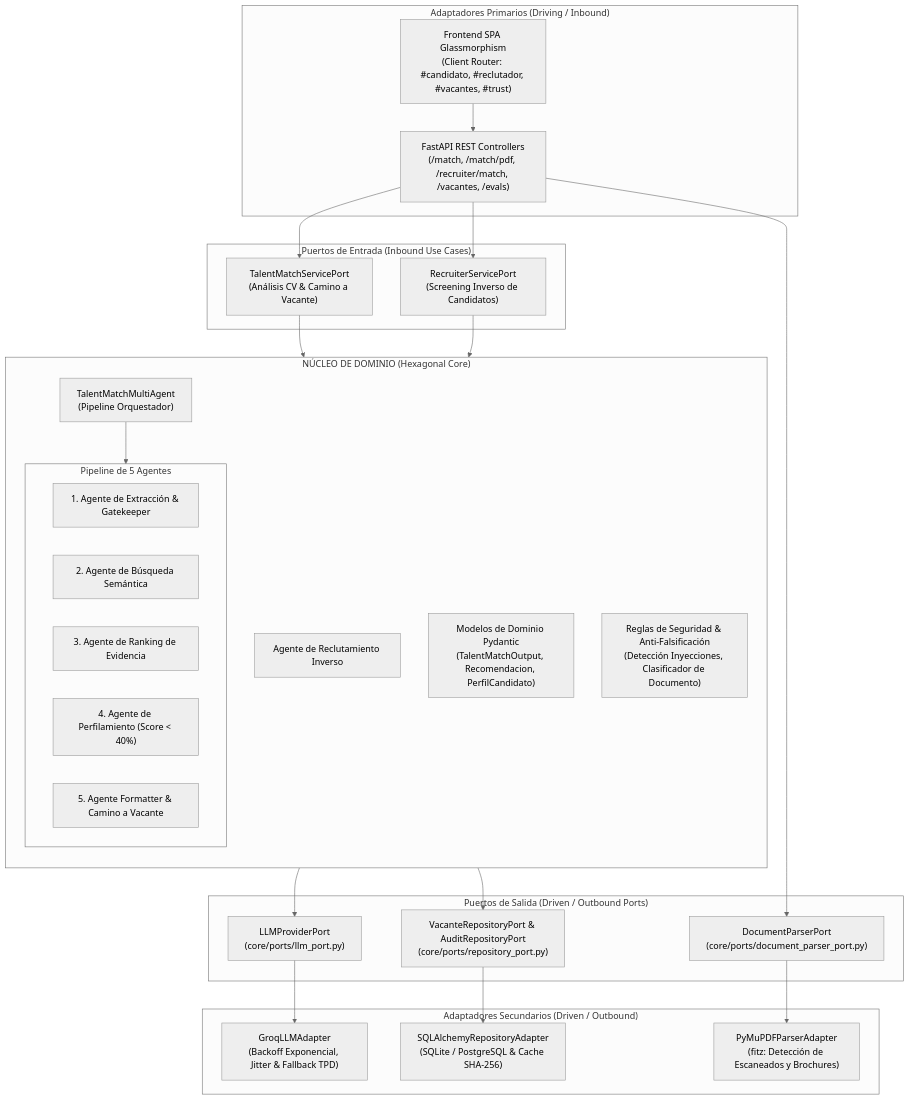
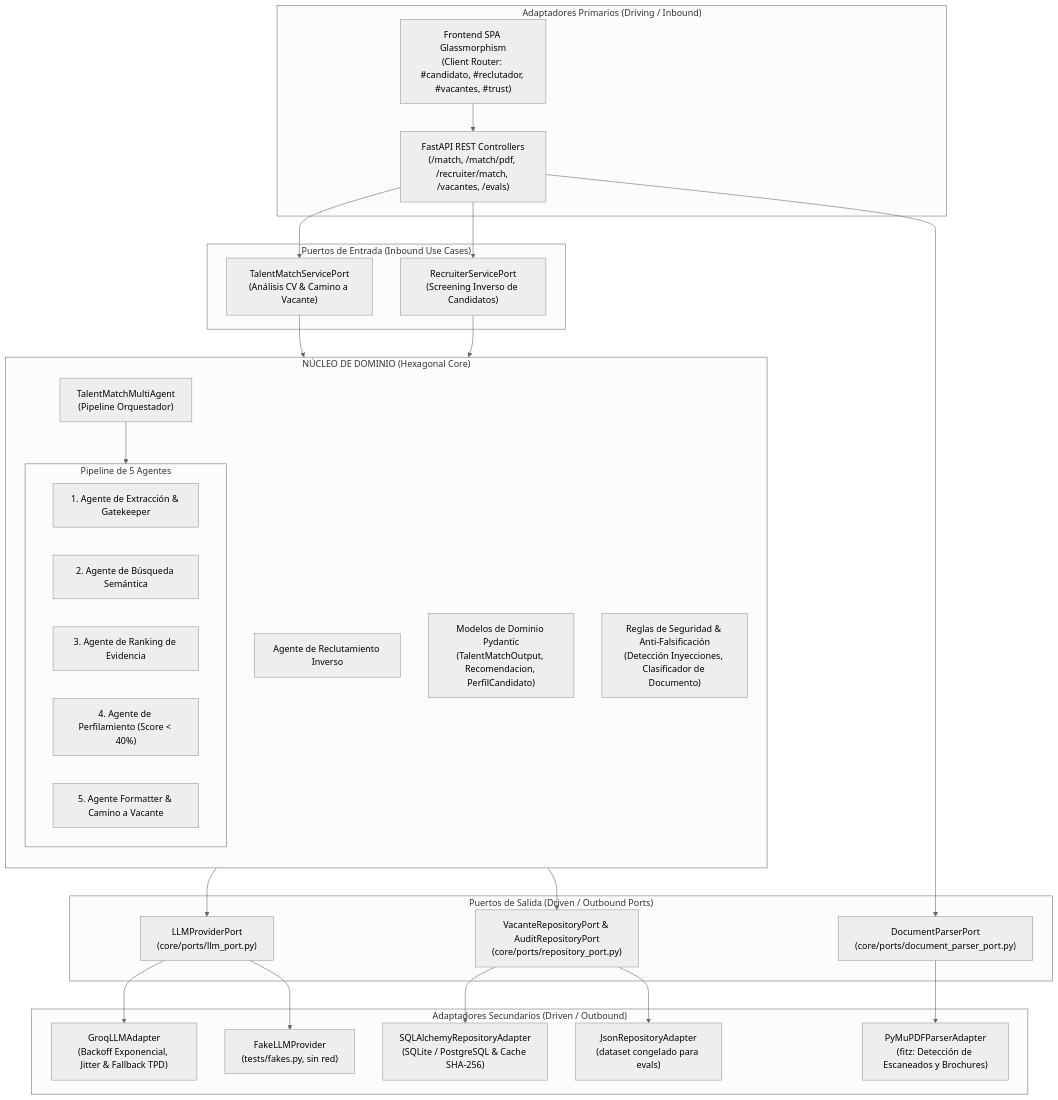
Before and after one commit to 0racleX/TalentMatch_Makers: the first of 2 diagrams in docs/ARCHITECTURE.md, drawn with Mermaid (neutral theme). The commit also changed other lines of this file, not shown here.

````diff
--- a/docs/ARCHITECTURE.md
+++ b/docs/ARCHITECTURE.md
@@ -30,53 +30,57 @@
 ```mermaid
 flowchart TD
     subgraph DrivingAdapters ["Adaptadores Primarios (Driving / Inbound)"]
         UI["Frontend SPA Glassmorphism<br/>(Client Router: #candidato, #reclutador, #vacantes, #trust)"]
         API["FastAPI REST Controllers<br/>(/match, /match/pdf, /recruiter/match, /vacantes, /evals)"]
     end
 
     subgraph DrivingPorts ["Puertos de Entrada (Inbound Use Cases)"]
         P_Match["TalentMatchServicePort<br/>(Análisis CV & Camino a Vacante)"]
         P_Recruiter["RecruiterServicePort<br/>(Screening Inverso de Candidatos)"]
     end
 
     subgraph DomainCore ["NÚCLEO DE DOMINIO (Hexagonal Core)"]
         direction TB
         MultiAgent["TalentMatchMultiAgent<br/>(Pipeline Orquestador)"]
         subgraph AgentsPipeline ["Pipeline de 5 Agentes"]
             A1["1. Agente de Extracción & Gatekeeper"]
             A2["2. Agente de Búsqueda Semántica"]
             A3["3. Agente de Ranking de Evidencia"]
             A4["4. Agente de Perfilamiento (Score < 40%)"]
             A5["5. Agente Formatter & Camino a Vacante"]
         end
         RecAgent["Agente de Reclutamiento Inverso"]
         DomainModels["Modelos de Dominio Pydantic<br/>(TalentMatchOutput, Recomendacion, PerfilCandidato)"]
         SecurityRules["Reglas de Seguridad & Anti-Falsificación<br/>(Detección Inyecciones, Clasificador de Documento)"]
     end
 
     subgraph DrivenPorts ["Puertos de Salida (Driven / Outbound Ports)"]
         P_LLM["LLMProviderPort<br/>(core/ports/llm_port.py)"]
         P_Parser["DocumentParserPort<br/>(core/ports/document_parser_port.py)"]
         P_Repo["VacanteRepositoryPort & AuditRepositoryPort<br/>(core/ports/repository_port.py)"]
     end
 
     subgraph DrivenAdapters ["Adaptadores Secundarios (Driven / Outbound)"]
         A_Groq["GroqLLMAdapter<br/>(Backoff Exponencial, Jitter & Fallback TPD)"]
         A_PDF["PyMuPDFParserAdapter<br/>(fitz: Detección de Escaneados y Brochures)"]
         A_DB["SQLAlchemyRepositoryAdapter<br/>(SQLite / PostgreSQL & Cache SHA-256)"]
+        A_JSON["JsonRepositoryAdapter<br/>(dataset congelado para evals)"]
+        A_FAKE["FakeLLMProvider<br/>(tests/fakes.py, sin red)"]
     end
 
     UI --> API
     API --> P_Match
     API --> P_Recruiter
     P_Match --> MultiAgent
     P_Recruiter --> RecAgent
     MultiAgent --> AgentsPipeline
     AgentsPipeline --> P_LLM
     AgentsPipeline --> P_Repo
     API --> P_Parser
 
     P_LLM --> A_Groq
     P_Parser --> A_PDF
     P_Repo --> A_DB
+    P_Repo --> A_JSON
+    P_LLM --> A_FAKE
 ```
````
